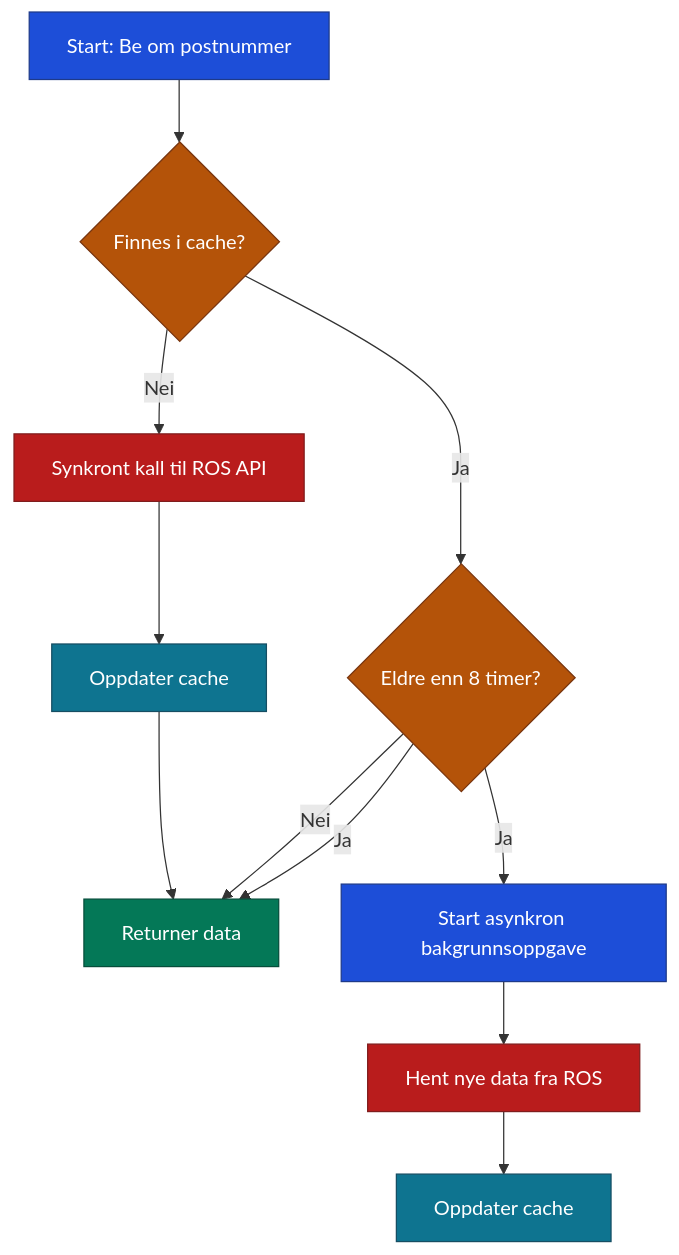
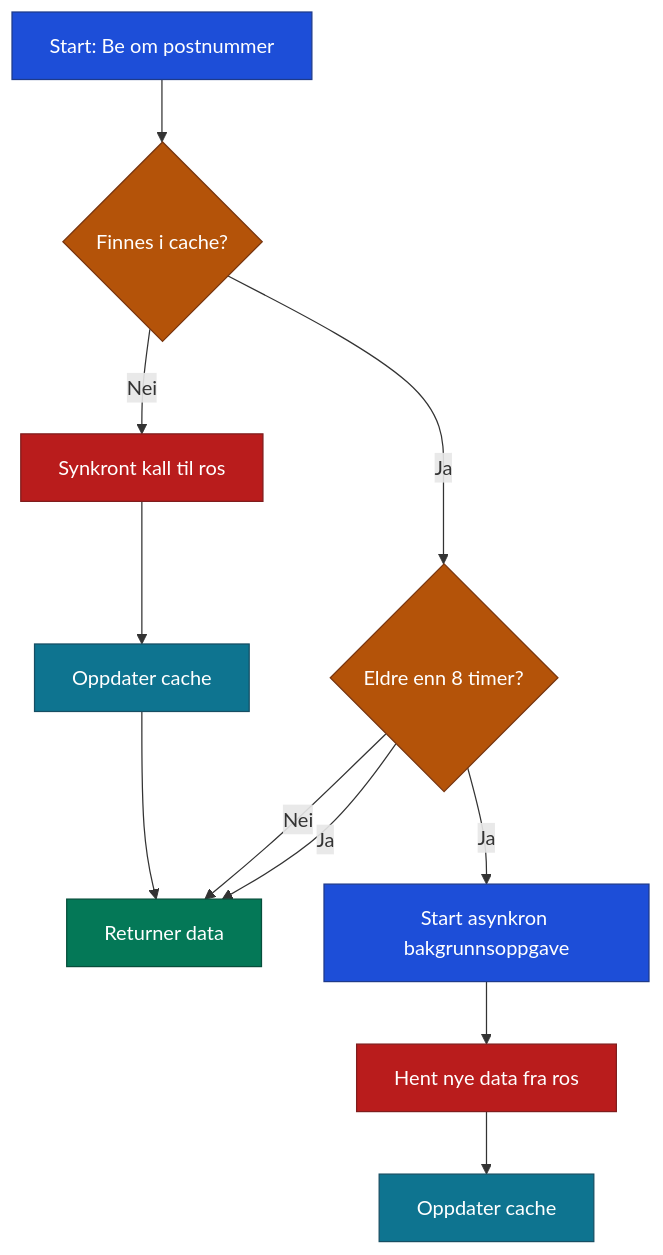
Before and after one commit to Bufdir/bufDocs: the second of 5 diagrams in Bufdir.no/Architecture/ros-integrasjon.md, drawn with Mermaid. The commit also changed other lines of this file, not shown here.

First line of the commit message:
Expand and refine **ros-integrasjon.md** documentation

````diff
--- a/Bufdir.no/Architecture/ros-integrasjon.md
+++ b/Bufdir.no/Architecture/ros-integrasjon.md
@@ -96,24 +132,24 @@
 ```mermaid
 flowchart TD
     A[Start: Be om postnummer] --> B{Finnes i cache?}
-    B -- Nei --> C[Synkront kall til ROS API]
+    B -- Nei --> C[Synkront kall til ros]
     C --> D[Oppdater cache]
     D --> E[Returner data]
     B -- Ja --> F{Eldre enn 8 timer?}
     F -- Nei --> E
     F -- Ja --> G[Start asynkron bakgrunnsoppgave]
-    G --> H[Hent nye data fra ROS]
+    G --> H[Hent nye data fra ros]
     H --> I[Oppdater cache]
     F -- Ja --> E
 
     %% Styling
     style A fill:#1D4ED8,stroke:#1E3A8A,color:#fff
     style B fill:#B45309,stroke:#78350F,color:#fff
     style C fill:#B91C1C,stroke:#7F1D1D,color:#fff
     style D fill:#0E7490,stroke:#164E63,color:#fff
     style E fill:#047857,stroke:#064E3B,color:#fff
     style F fill:#B45309,stroke:#78350F,color:#fff
     style G fill:#1D4ED8,stroke:#1E3A8A,color:#fff
     style H fill:#B91C1C,stroke:#7F1D1D,color:#fff
     style I fill:#0E7490,stroke:#164E63,color:#fff
 ```
````
